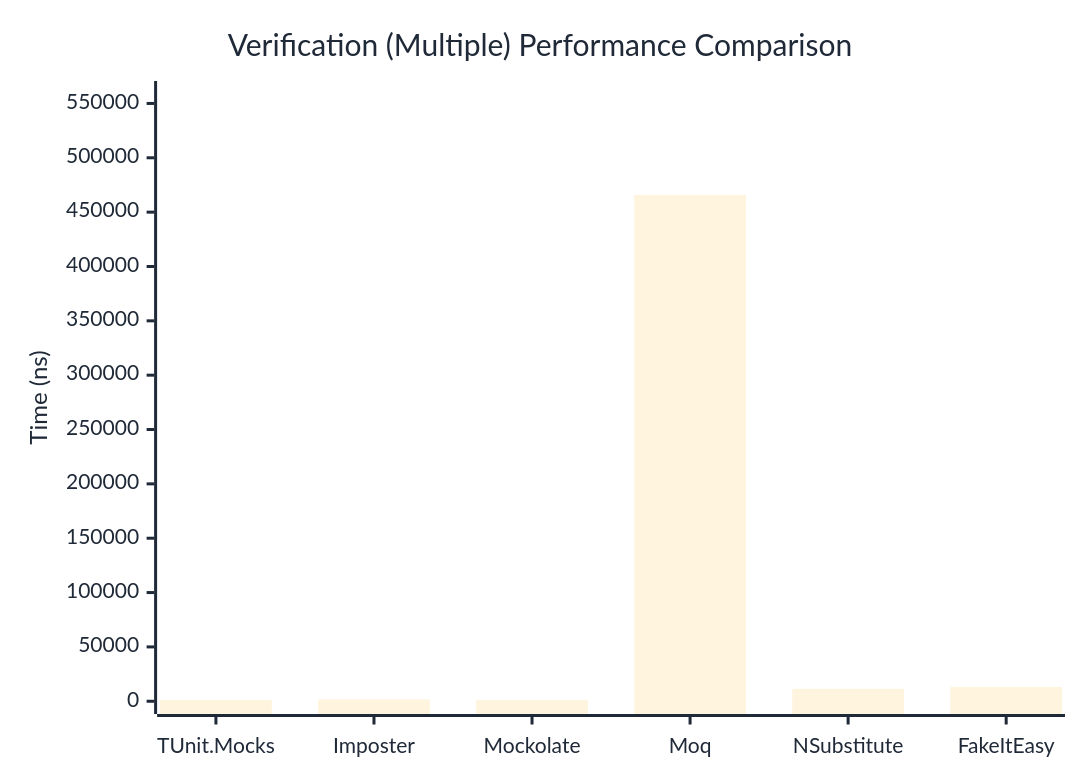
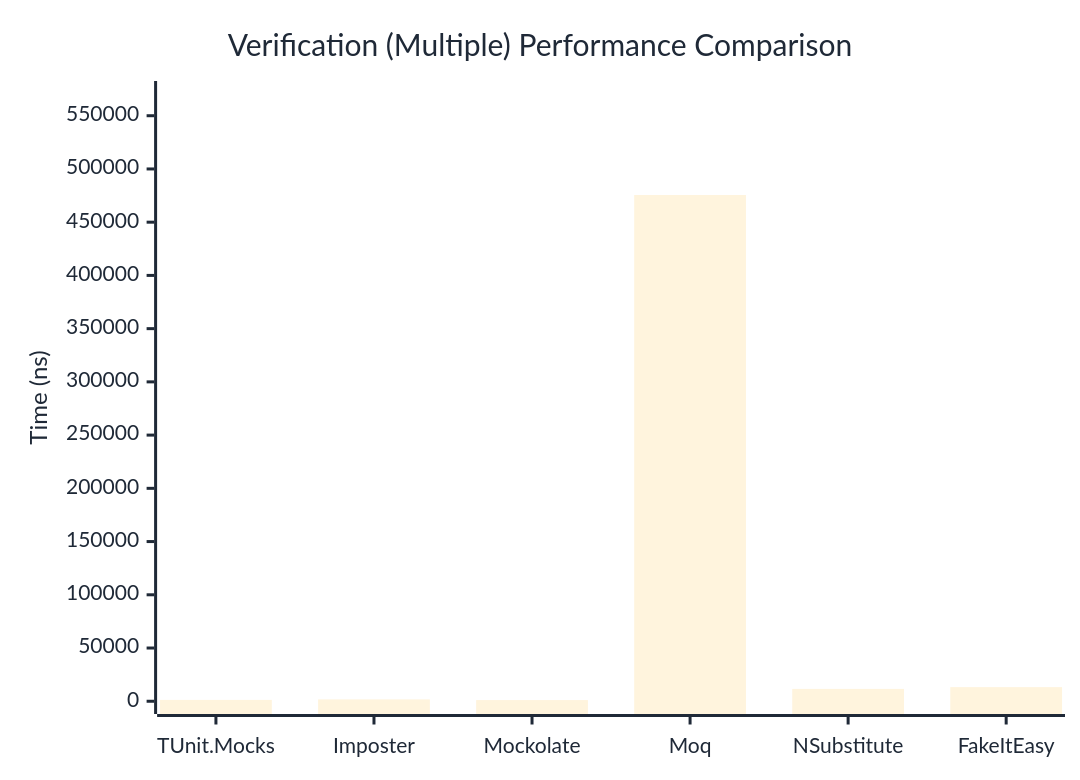
Before and after one commit to thomhurst/TUnit: the third of 3 diagrams in docs/docs/benchmarks/mocks/Verification.md, drawn with Mermaid. The commit also changed other lines of this file and 14 other files, not shown here.

````diff
--- a/docs/docs/benchmarks/mocks/Verification.md
+++ b/docs/docs/benchmarks/mocks/Verification.md
@@ -112,27 +112,27 @@
 ```mermaid
 %%{init: {
   'theme':'base',
   'themeVariables': {
     'primaryColor': '#2563eb',
     'primaryTextColor': '#1f2937',
     'primaryBorderColor': '#1e40af',
     'lineColor': '#6b7280',
     'secondaryColor': '#7c3aed',
     'tertiaryColor': '#dc2626',
     'background': '#ffffff',
     'pie1': '#2563eb',
     'pie2': '#7c3aed',
     'pie3': '#dc2626',
     'pie4': '#f59e0b',
     'pie5': '#10b981',
     'pie6': '#06b6d4',
     'pie7': '#ec4899',
     'pie8': '#6366f1'
   }
 }}%%
 xychart-beta
   title "Verification (Multiple) Performance Comparison"
   x-axis ["TUnit.Mocks", "Imposter", "Mockolate", "Moq", "NSubstitute", "FakeItEasy"]
-  y-axis "Time (ns)" 0 --> 558923
-  bar [1205.74, 1658.82, 1109.96, 465768.71, 11421.23, 13124.17]
+  y-axis "Time (ns)" 0 --> 570641
+  bar [1268.29, 1741.67, 1106.11, 475533.46, 11603.14, 13271.29]
 ```
````
